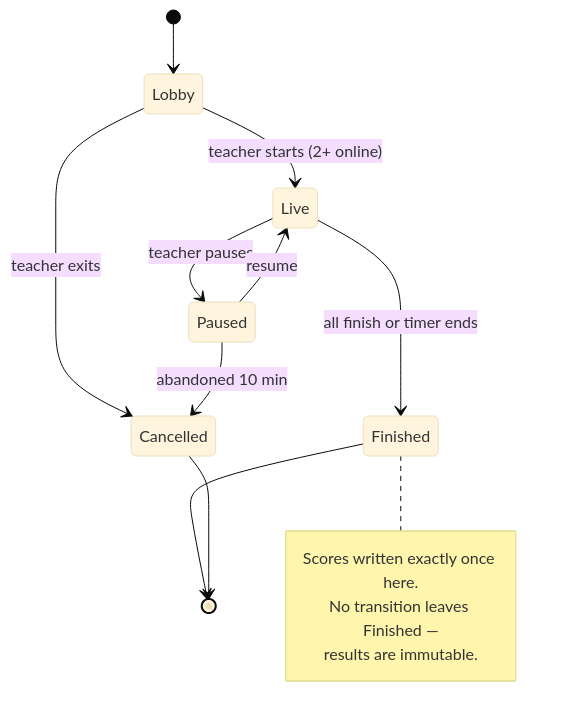
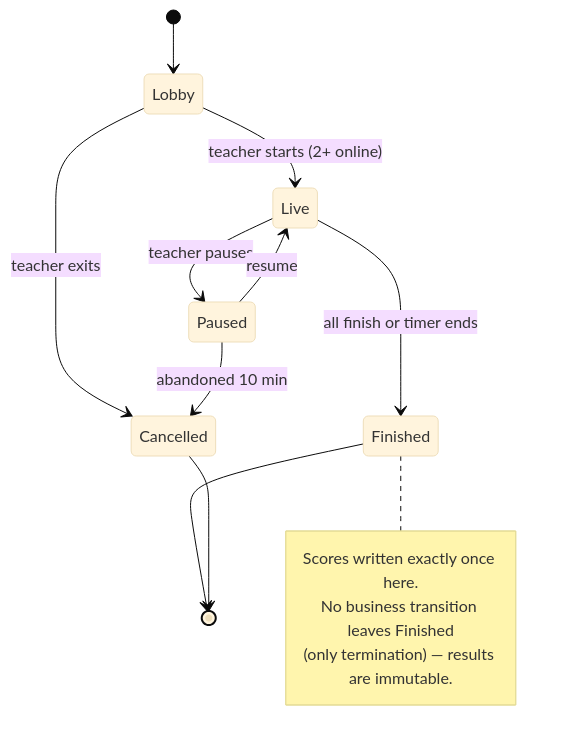
Before and after one commit to marktiderman/gitdata: the first of 4 diagrams in docs/examples/markdown-communication/05-states-journeys-time.md, drawn with Mermaid (base theme). The commit also changed 7 other files, not shown here.

````diff
--- a/docs/examples/markdown-communication/05-states-journeys-time.md
+++ b/docs/examples/markdown-communication/05-states-journeys-time.md
@@ -18,18 +18,18 @@
 ```mermaid
 stateDiagram-v2
     [*] --> Lobby
     Lobby --> Live : teacher starts (2+ online)
     Lobby --> Cancelled : teacher exits
     Live --> Finished : all finish or timer ends
     Live --> Paused : teacher pauses
     Paused --> Live : resume
     Paused --> Cancelled : abandoned 10 min
     Finished --> [*]
     Cancelled --> [*]
 
     note right of Finished
         Scores written exactly once here.
-        No transition leaves Finished —
-        results are immutable.
+        No business transition leaves Finished
+        (only termination) — results are immutable.
     end note
 ```
````
